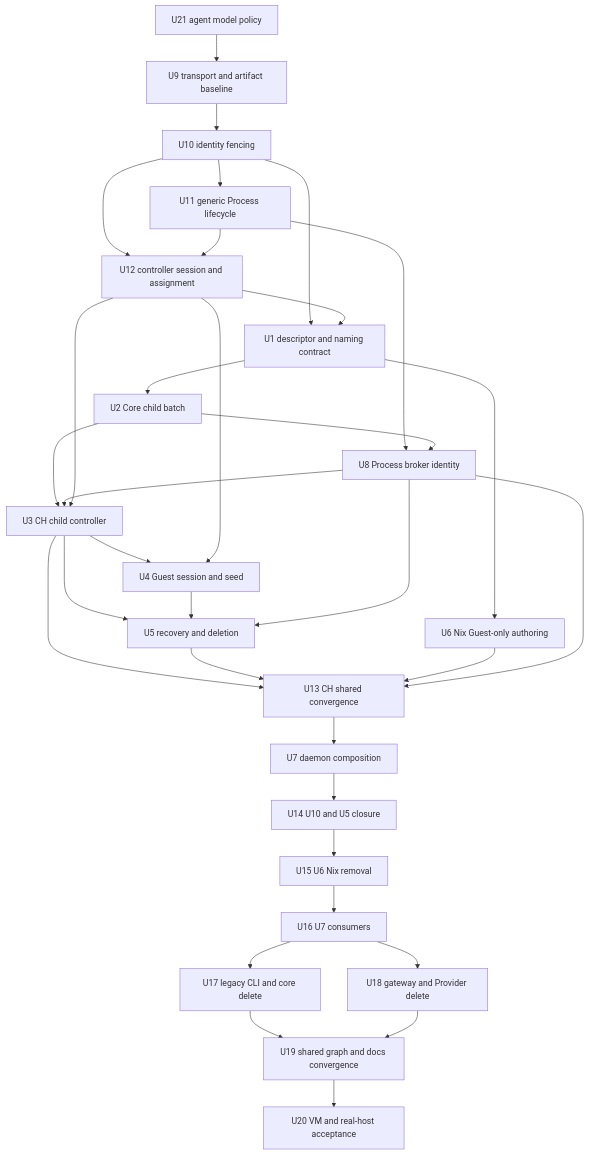
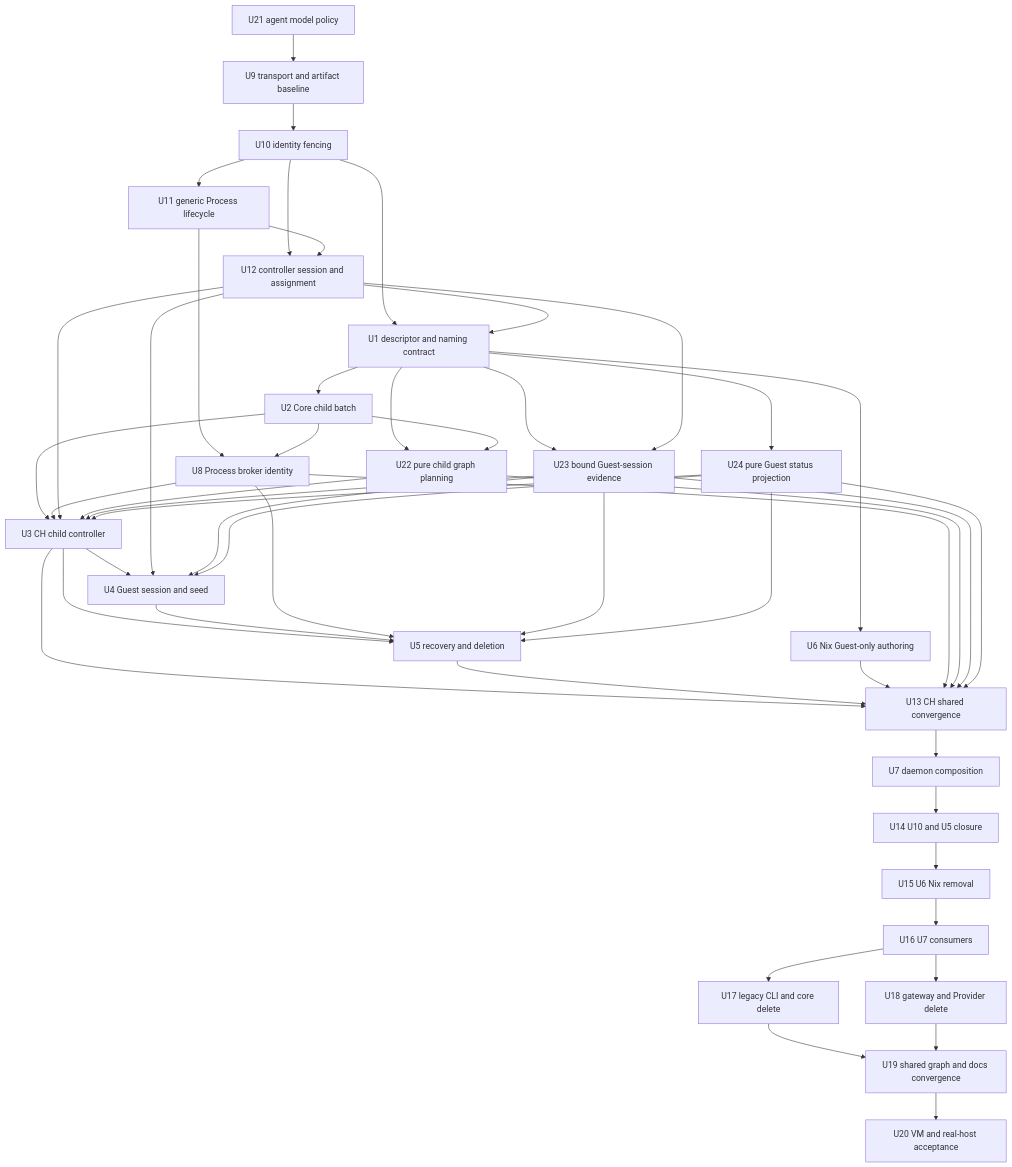
One commit to vicondoa/d2b changed the seventh of 7 diagrams in docs/plans/2026-08-28-001-refactor-controller-owned-cloud-hypervisor-guest-lifecycle-plan.md. Above: the diagram before and after it, drawn with Mermaid. The commit also changed other lines of this file, not shown here.

````diff
--- a/docs/plans/2026-08-28-001-refactor-controller-owned-cloud-hypervisor-guest-lifecycle-plan.md
+++ b/docs/plans/2026-08-28-001-refactor-controller-owned-cloud-hypervisor-guest-lifecycle-plan.md
@@ -454,35 +454,50 @@
 ```mermaid
 flowchart TB
   U21[U21 agent model policy] --> U9[U9 transport and artifact baseline]
   U9 --> U10[U10 identity fencing]
   U10 --> U11[U11 generic Process lifecycle]
   U10 --> U12[U12 controller session and assignment]
   U11 --> U12
   U10 --> U1[U1 descriptor and naming contract]
   U12 --> U1
   U1 --> U2[U2 Core child batch]
   U1 --> U6[U6 Nix Guest-only authoring]
+  U1 --> U22[U22 pure child graph planning]
+  U2 --> U22
+  U1 --> U23[U23 bound Guest-session evidence]
+  U12 --> U23
+  U1 --> U24[U24 pure Guest status projection]
   U2 --> U3[U3 CH child controller]
   U11 --> U8[U8 Process broker identity]
   U2 --> U8
   U8 --> U3
   U12 --> U3
+  U22 --> U3
+  U23 --> U3
+  U24 --> U3
   U3 --> U4[U4 Guest session and seed]
   U12 --> U4
+  U23 --> U4
+  U24 --> U4
   U3 --> U5[U5 recovery and deletion]
   U4 --> U5
   U8 --> U5
+  U23 --> U5
+  U24 --> U5
   U3 --> U13[U13 CH shared convergence]
   U5 --> U13
   U6 --> U13
   U8 --> U13
+  U22 --> U13
+  U23 --> U13
+  U24 --> U13
   U13 --> U7[U7 daemon composition]
   U7 --> U14[U14 U10 and U5 closure]
   U14 --> U15[U15 U6 Nix removal]
   U15 --> U16[U16 U7 consumers]
   U16 --> U17[U17 legacy CLI and core delete]
   U16 --> U18[U18 gateway and Provider delete]
   U17 --> U19[U19 shared graph and docs convergence]
   U18 --> U19
   U19 --> U20[U20 VM and real-host acceptance]
 ```
````
